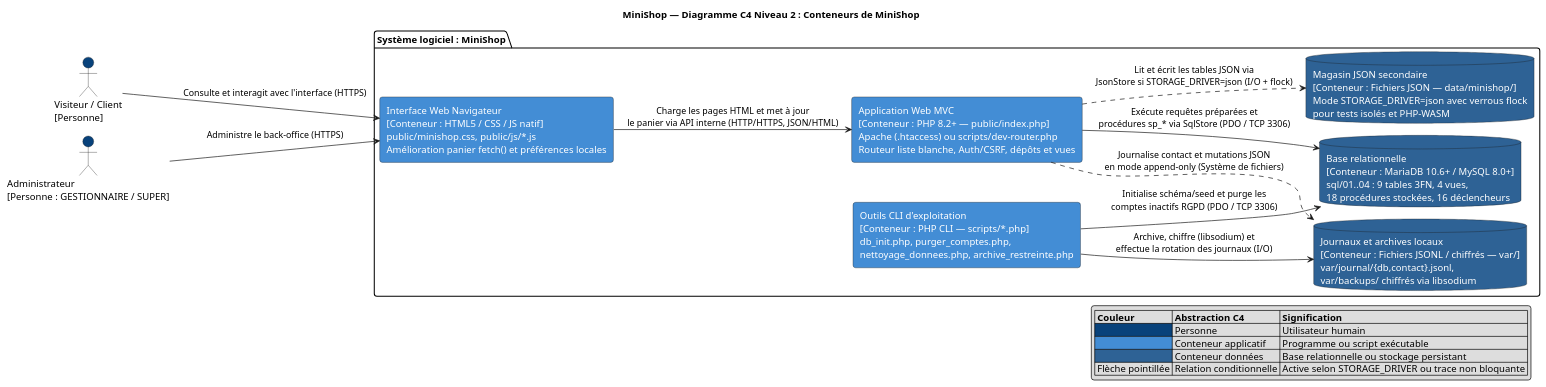
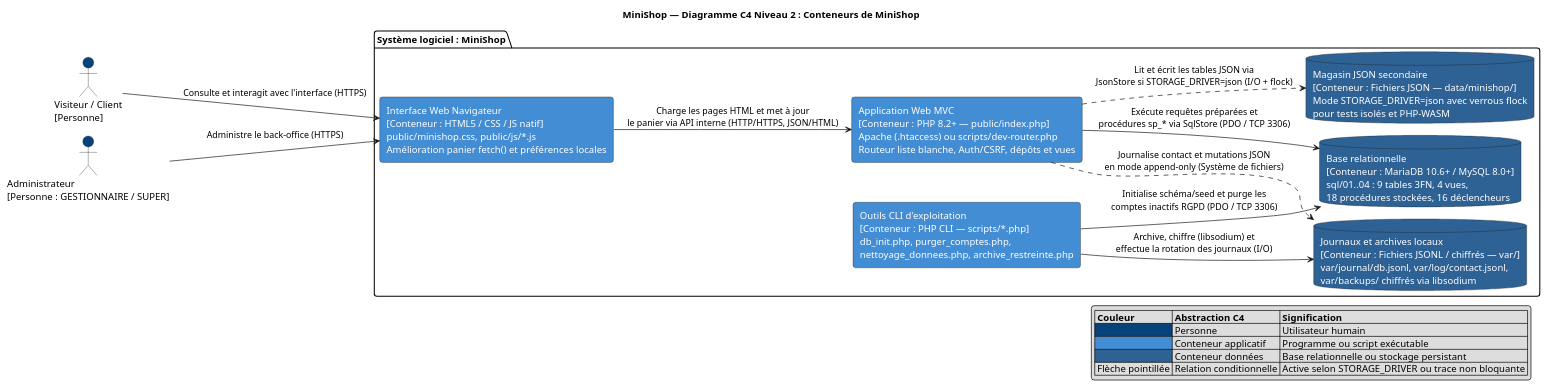
The diagram in docs/diagrams/src/c4_conteneurs.puml (jojo8356/SAE-302), drawn with PlantUML before and after one commit. The commit also changed 30 other files, not shown here.

```diff
--- a/docs/diagrams/src/c4_conteneurs.puml
+++ b/docs/diagrams/src/c4_conteneurs.puml
@@ -1,48 +1,48 @@
 @startuml
 ' =====================================================================
 ' MiniShop — C4 Niveau 2 : Conteneurs (C4 Containers)
 ' Conforme c4model.com : applications exécutables et magasins de données
 ' réellement présents dans le dépôt MiniShop (ARCHITECTURE.md).
 ' =====================================================================
 !pragma layout smetana
 left to right direction
 skinparam shadowing false
 skinparam roundcorner 8
 
 title MiniShop — Diagramme C4 Niveau 2 : Conteneurs de MiniShop
 
 actor "Visiteur / Client\n[Personne]" as Client #08427B
 actor "Administrateur\n[Personne : GESTIONNAIRE / SUPER]" as Admin #08427B
 
 package "Système logiciel : MiniShop" {
   rectangle "Interface Web Navigateur\n[Conteneur : HTML5 / CSS / JS natif]\npublic/minishop.css, public/js/*.js\nAmélioration panier fetch() et préférences locales" as Browser #438DD5;text:white
 
   rectangle "Application Web MVC\n[Conteneur : PHP 8.2+ — public/index.php]\nApache (.htaccess) ou scripts/dev-router.php\nRouteur liste blanche, Auth/CSRF, dépôts et vues" as WebApp #438DD5;text:white
 
   rectangle "Outils CLI d'exploitation\n[Conteneur : PHP CLI — scripts/*.php]\ndb_init.php, purger_comptes.php,\nnettoyage_donnees.php, archive_restreinte.php" as Cli #438DD5;text:white
 
   database "Base relationnelle\n[Conteneur : MariaDB 10.6+ / MySQL 8.0+]\nsql/01..04 : 9 tables 3FN, 4 vues,\n18 procédures stockées, 16 déclencheurs" as MariaDB #2E6295;text:white
 
   database "Magasin JSON secondaire\n[Conteneur : Fichiers JSON — data/minishop/]\nMode STORAGE_DRIVER=json avec verrous flock\npour tests isolés et PHP-WASM" as JsonFiles #2E6295;text:white
 
-  database "Journaux et archives locaux\n[Conteneur : Fichiers JSONL / chiffrés — var/]\nvar/journal/{db,contact}.jsonl,\nvar/backups/ chiffrés via libsodium" as VarStorage #2E6295;text:white
+  database "Journaux et archives locaux\n[Conteneur : Fichiers JSONL / chiffrés — var/]\nvar/journal/db.jsonl, var/log/contact.jsonl,\nvar/backups/ chiffrés via libsodium" as VarStorage #2E6295;text:white
 }
 
 Client --> Browser : "Consulte et interagit avec l'interface (HTTPS)"
 Admin --> Browser : "Administre le back-office (HTTPS)"
 Browser --> WebApp : "Charge les pages HTML et met à jour\nle panier via API interne (HTTP/HTTPS, JSON/HTML)"
 WebApp --> MariaDB : "Exécute requêtes préparées et\nprocédures sp_* via SqlStore (PDO / TCP 3306)"
 WebApp ..> JsonFiles : "Lit et écrit les tables JSON via\nJsonStore si STORAGE_DRIVER=json (I/O + flock)"
 WebApp ..> VarStorage : "Journalise contact et mutations JSON\nen mode append-only (Système de fichiers)"
 Cli --> MariaDB : "Initialise schéma/seed et purge les\ncomptes inactifs RGPD (PDO / TCP 3306)"
 Cli --> VarStorage : "Archive, chiffre (libsodium) et\neffectue la rotation des journaux (I/O)"
 
 legend right
   |= Couleur |= Abstraction C4 |= Signification |
   | <#08427B> | Personne | Utilisateur humain |
   | <#438DD5> | Conteneur applicatif | Programme ou script exécutable |
   | <#2E6295> | Conteneur données | Base relationnelle ou stockage persistant |
   | Flèche pointillée | Relation conditionnelle | Active selon STORAGE_DRIVER ou trace non bloquante |
 endlegend
 
 @enduml
```
